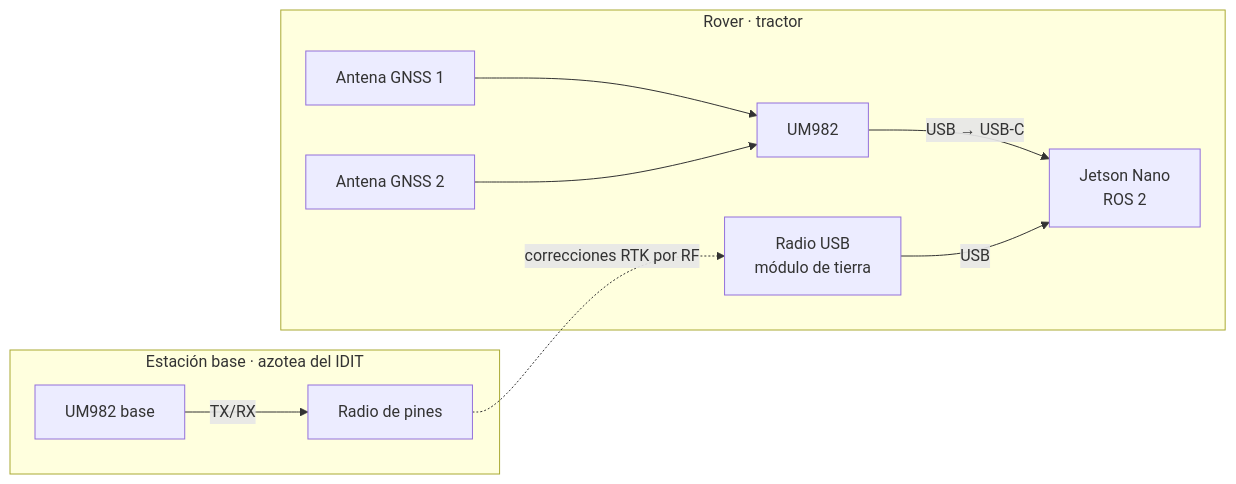
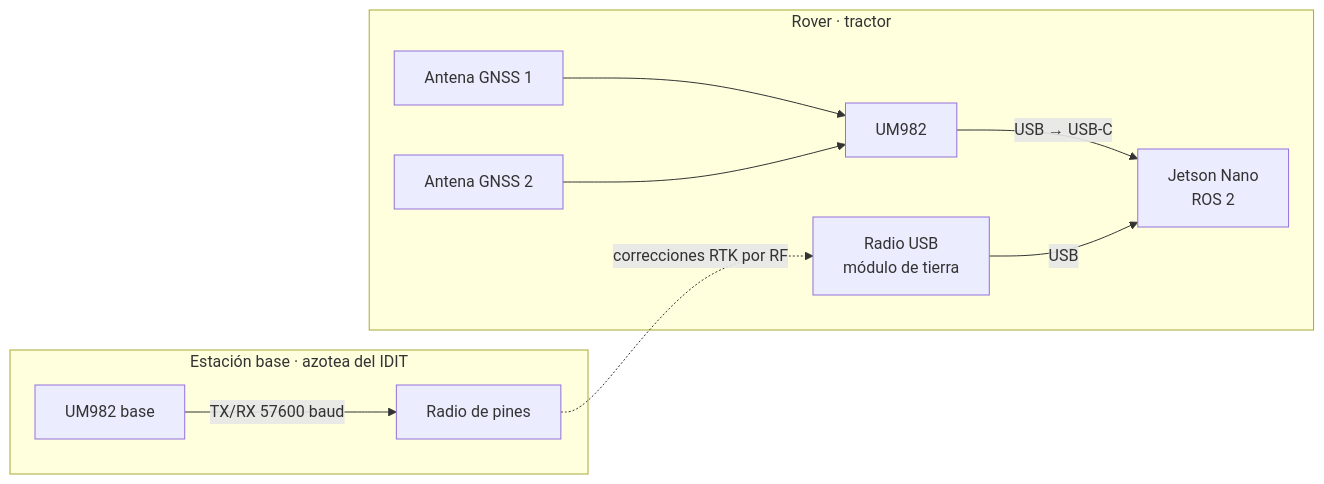
Before and after one commit to BrianSimpson01/Agrotecnologias-abiertas-para-mexico-: the second of 2 diagrams in docs/tablero.md, drawn with Mermaid. The commit also changed other lines of this file, not shown here.

````diff
--- a/docs/tablero.md
+++ b/docs/tablero.md
@@ -45,14 +45,14 @@
 ```mermaid
 flowchart LR
     subgraph BASE[Estación base · azotea del IDIT]
-        BGNSS[UM982 base] -->|TX/RX| BRAD[Radio de pines]
+        BGNSS[UM982 base] -->|TX/RX 57600 baud| BRAD[Radio de pines]
     end
     subgraph ROVER[Rover · tractor]
         A1[Antena GNSS 1] --> UM[UM982]
         A2[Antena GNSS 2] --> UM
         RRAD[Radio USB<br/>módulo de tierra]
         UM -->|USB → USB-C| JET[Jetson Nano<br/>ROS 2]
         RRAD -->|USB| JET
     end
     BRAD -. correcciones RTK por RF .-> RRAD
 ```
````
